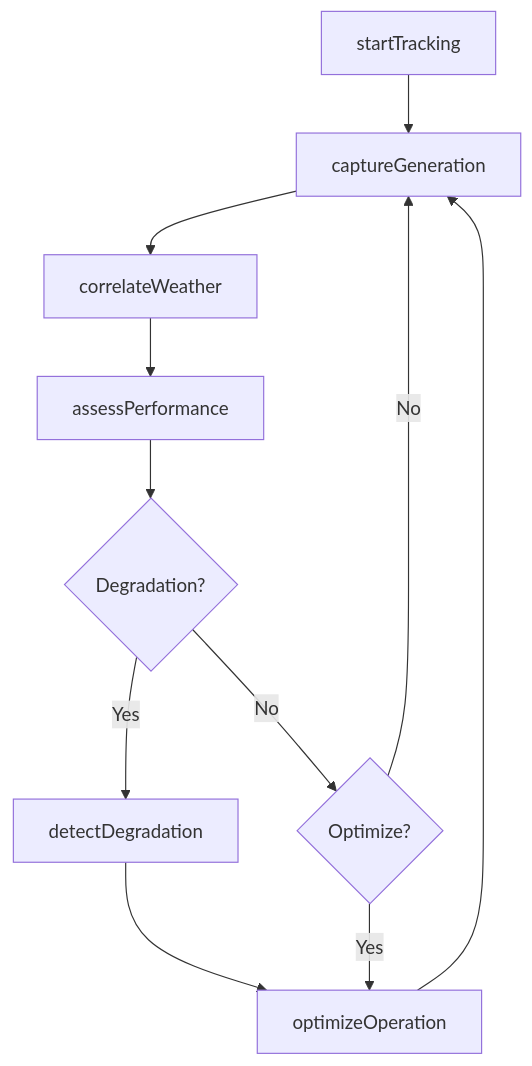
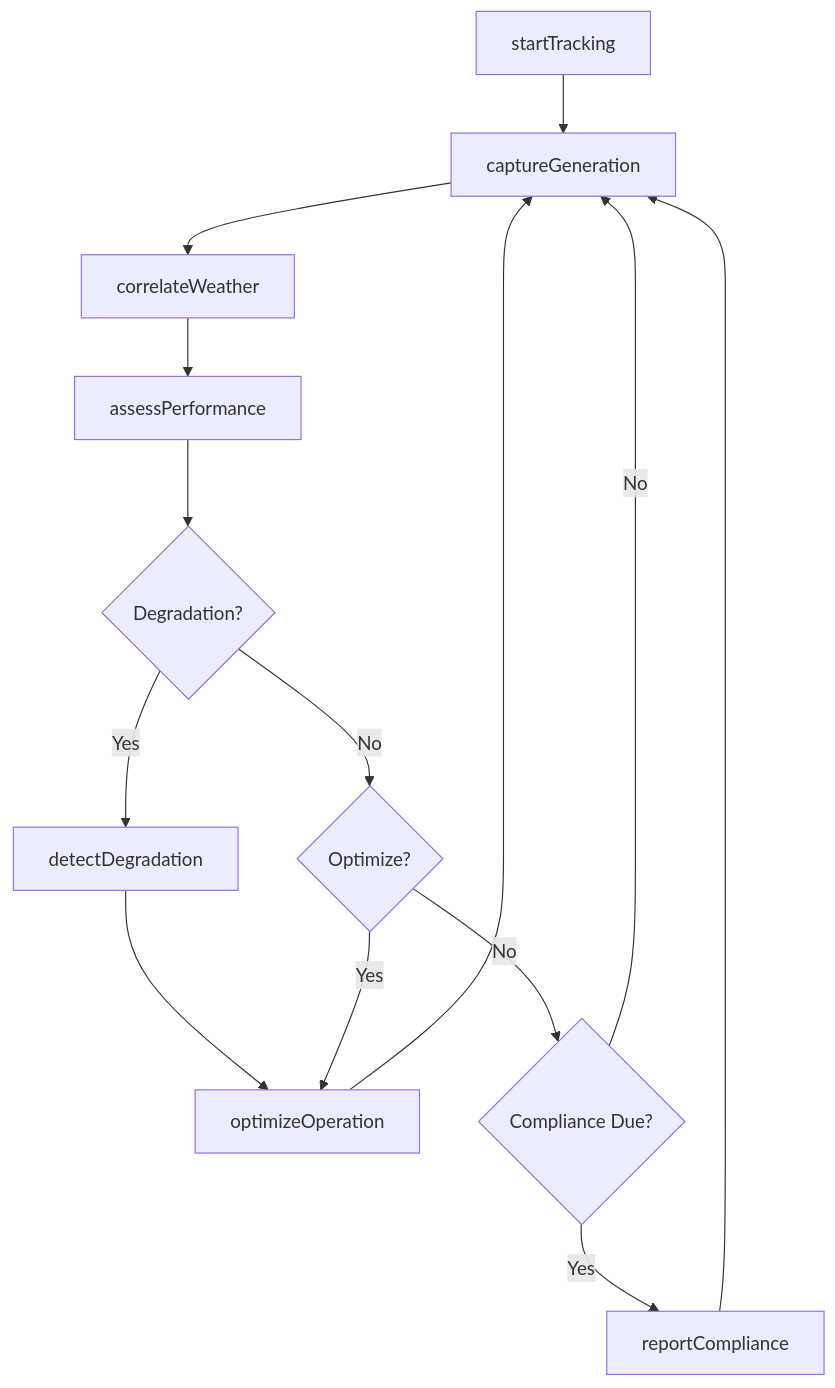
The third of 4 diagrams in MonitoringProcessesMaterialsOrSurroundings/MonitorEquipmentOperation/MonitorGreenEnergyEquipmentSystems.mdx (dot-org-ai/tasks.org.ai), drawn with Mermaid before and after one commit. The commit also changed other lines of this file and 504 other files, not shown here.

First line of the commit message:
feat: Add ER diagrams, state diagrams, and workflow improvements to 96 DWA task files

````diff
--- a/MonitoringProcessesMaterialsOrSurroundings/MonitorEquipmentOperation/MonitorGreenEnergyEquipmentSystems.mdx
+++ b/MonitoringProcessesMaterialsOrSurroundings/MonitorEquipmentOperation/MonitorGreenEnergyEquipmentSystems.mdx
@@ -87,13 +117,16 @@
 ```mermaid
 graph TD
     A[startTracking] --> B[captureGeneration]
     B --> C[correlateWeather]
     C --> D[assessPerformance]
     D --> E{Degradation?}
     E -->|Yes| F[detectDegradation]
     E -->|No| G{Optimize?}
     F --> H[optimizeOperation]
     G -->|Yes| H
-    G -->|No| B
+    G -->|No| I{Compliance Due?}
     H --> B
+    I -->|Yes| J[reportCompliance]
+    I -->|No| B
+    J --> B
 ```
````
